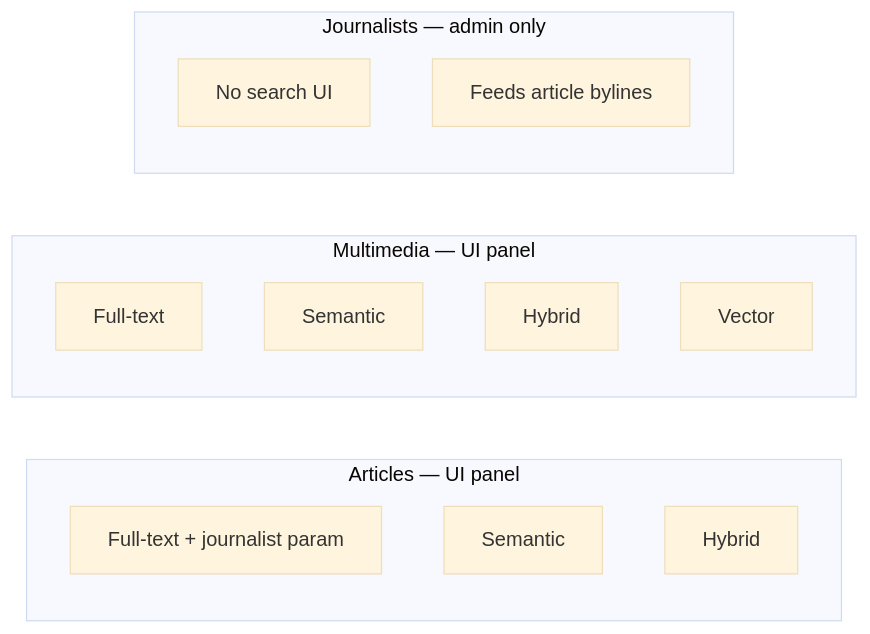
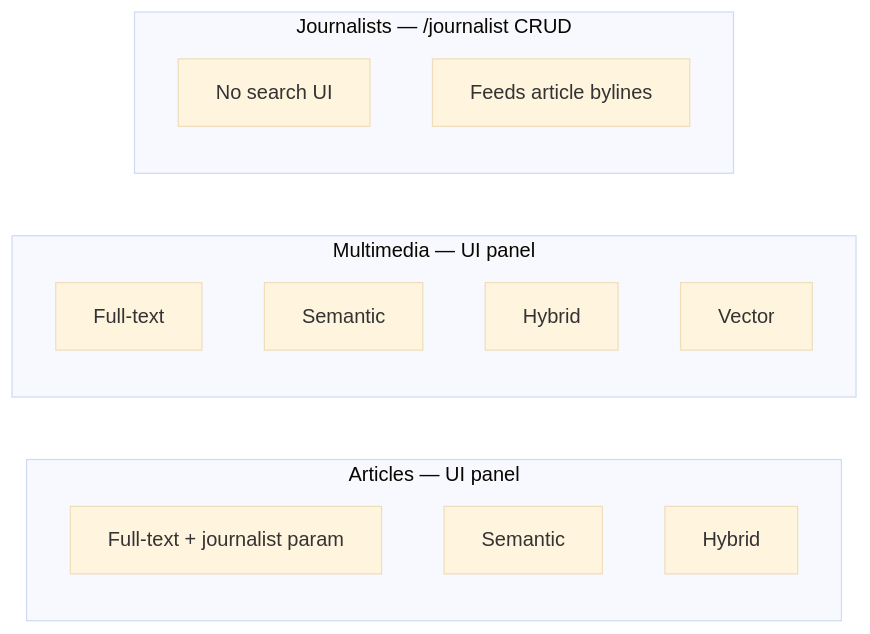
One commit to bigfito/gotham-media-browser changed the first of 3 diagrams in docs/elasticsearch-denormalized-diagram.md. Above: the diagram before and after it, drawn with Mermaid (base theme). The commit also changed 12 other files, not shown here.

First line of the commit message:
Replace /admin with /journalist and /article CRUD mockups

````diff
--- a/docs/elasticsearch-denormalized-diagram.md
+++ b/docs/elasticsearch-denormalized-diagram.md
@@ -9,18 +9,18 @@
 ```mermaid
 flowchart LR
   subgraph ART["Articles — UI panel"]
     A1["Full-text + journalist param"]
     A2["Semantic"]
     A3["Hybrid"]
   end
   subgraph MED["Multimedia — UI panel"]
     M1["Full-text"]
     M2["Semantic"]
     M3["Hybrid"]
     M4["Vector"]
   end
-  subgraph J["Journalists — admin only"]
+  subgraph J["Journalists — /journalist CRUD"]
     J1["No search UI"]
     J2["Feeds article bylines"]
   end
 ```
````
